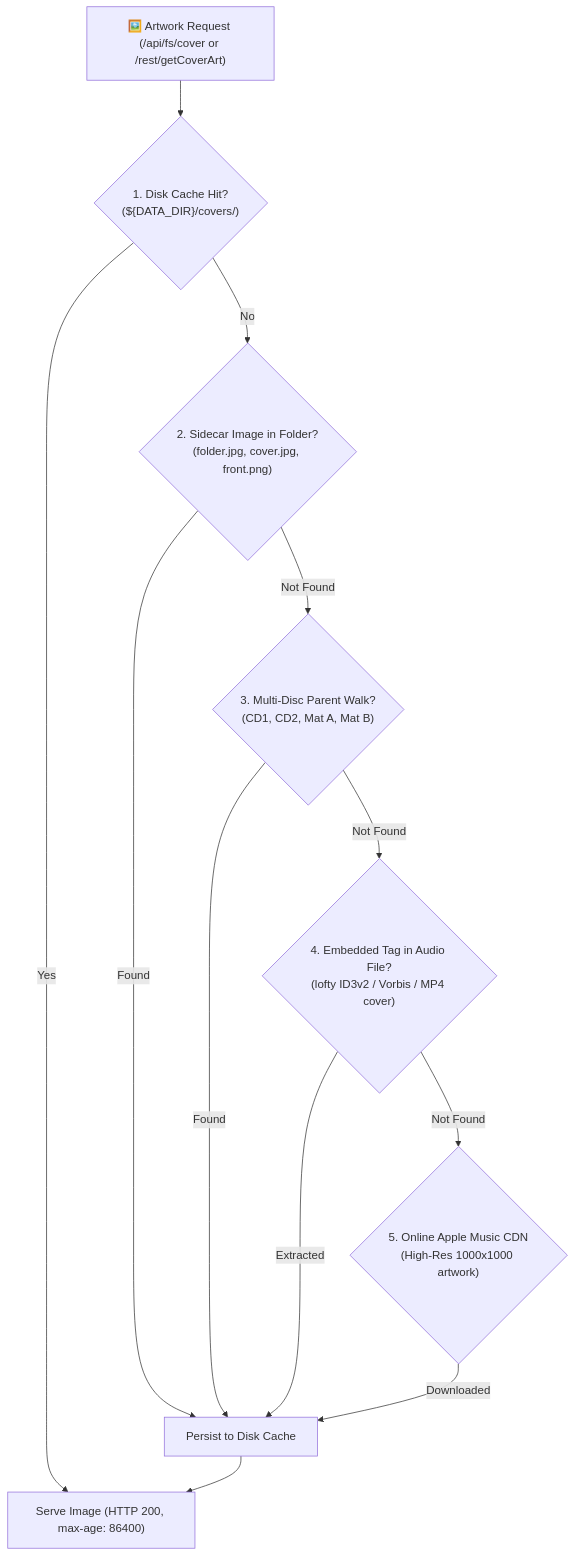
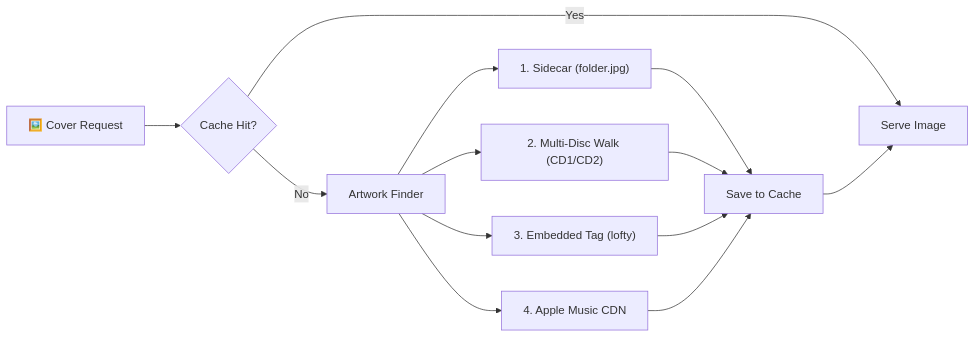
One commit to vndangkhoa/kv-tidal changed the second of 3 diagrams in README.md. Above: the diagram before and after it, drawn with Mermaid. The commit also changed other lines of this file, not shown here.

Commit message:
docs: streamline Mermaid diagrams to be compact, horizontal, and easy to understand

````diff
--- a/README.md
+++ b/README.md
@@ -223,19 +219,17 @@
 ```mermaid
-flowchart TD
-    Req["🖼️ Artwork Request (/api/fs/cover or /rest/getCoverArt)"] --> CacheCheck{"1. Disk Cache Hit?<br/>(${DATA_DIR}/covers/)"}
-    CacheCheck -->|Yes| Serve["Serve Image (HTTP 200, max-age: 86400)"]
+flowchart LR
+    Req["🖼️ Cover Request"] --> Cache{"Cache Hit?"}
+    Cache -->|Yes| Out["Serve Image"]
+    Cache -->|No| Search["Artwork Finder"]
     
-    CacheCheck -->|No| Sidecar{"2. Sidecar Image in Folder?<br/>(folder.jpg, cover.jpg, front.png)"}
-    Sidecar -->|Found| SaveDisk["Persist to Disk Cache"]
+    Search --> S1["1. Sidecar (folder.jpg)"]
+    Search --> S2["2. Multi-Disc Walk (CD1/CD2)"]
+    Search --> S3["3. Embedded Tag (lofty)"]
+    Search --> S4["4. Apple Music CDN"]
     
-    Sidecar -->|Not Found| ParentWalk{"3. Multi-Disc Parent Walk?<br/>(CD1, CD2, Mat A, Mat B)"}
-    ParentWalk -->|Found| SaveDisk
-    
-    ParentWalk -->|Not Found| EmbeddedTag{"4. Embedded Tag in Audio File?<br/>(lofty ID3v2 / Vorbis / MP4 cover)"}
-    EmbeddedTag -->|Extracted| SaveDisk
-    
-    EmbeddedTag -->|Not Found| AppleCDN{"5. Online Apple Music CDN<br/>(High-Res 1000x1000 artwork)"}
-    AppleCDN -->|Downloaded| SaveDisk
-    
-    SaveDisk --> Serve
+    S1 --> Disk["Save to Cache"]
+    S2 --> Disk
+    S3 --> Disk
+    S4 --> Disk
+    Disk --> Out
 ```
````
